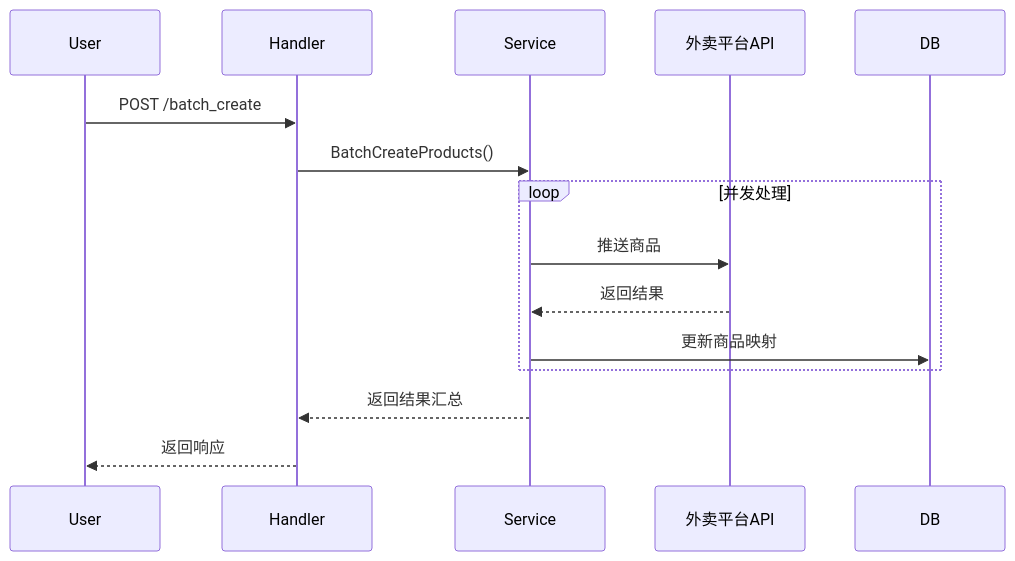
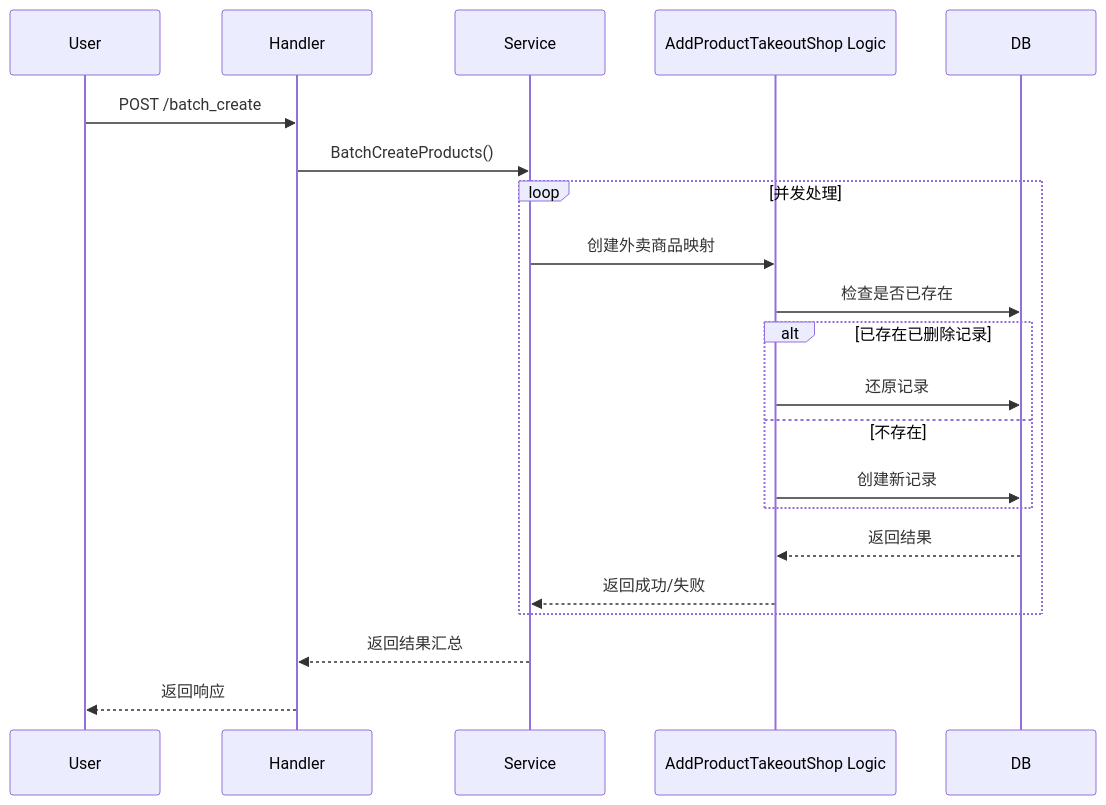
The second of 2 diagrams in docs/shared/specs/active/story-takeout-batch-create-products/design.md (hitosea/ttpos-server-go), drawn with Mermaid before and after one commit. The commit also changed other lines of this file and 4 other files, not shown here.

````diff
--- a/docs/shared/specs/active/story-takeout-batch-create-products/design.md
+++ b/docs/shared/specs/active/story-takeout-batch-create-products/design.md
@@ -115,20 +113,26 @@
 ```mermaid
 sequenceDiagram
     participant User
     participant Handler
     participant Service
-    participant Platform as 外卖平台API
+    participant AddLogic as AddProductTakeoutShop Logic
     participant DB
 
     User->>Handler: POST /batch_create
     Handler->>Service: BatchCreateProducts()
     
     loop 并发处理
-        Service->>Platform: 推送商品
-        Platform-->>Service: 返回结果
-        Service->>DB: 更新商品映射
+        Service->>AddLogic: 创建外卖商品映射
+        AddLogic->>DB: 检查是否已存在
+        alt 已存在已删除记录
+            AddLogic->>DB: 还原记录
+        else 不存在
+            AddLogic->>DB: 创建新记录
+        end
+        DB-->>AddLogic: 返回结果
+        AddLogic-->>Service: 返回成功/失败
     end
     
     Service-->>Handler: 返回结果汇总
     Handler-->>User: 返回响应
 ```
````
